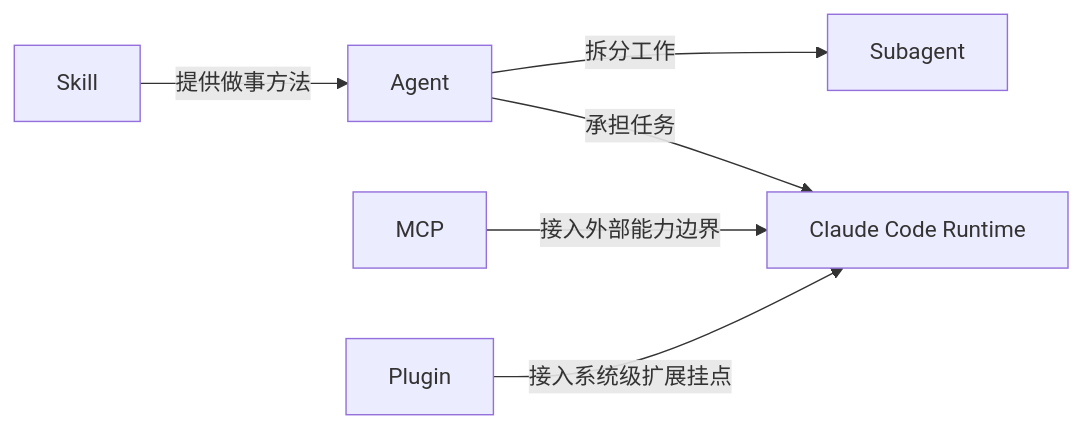
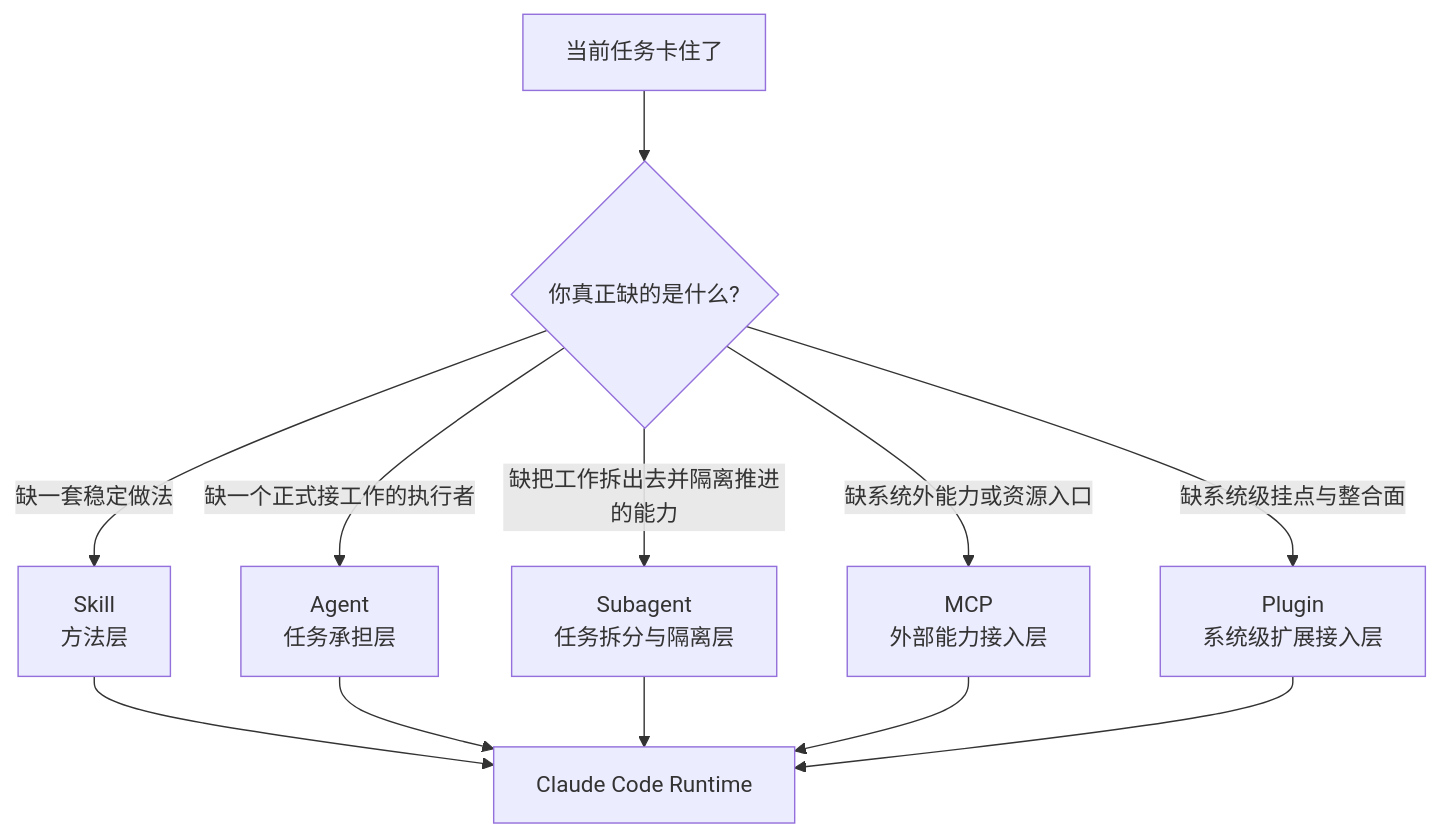
One commit to T0UGH/claude-code-source-guide changed the second of 2 diagrams in docs/guidebookv2/volume-1/06-how-claude-code-grows-new-capabilities.md. Above: the diagram before and after it, drawn with Mermaid. The commit also changed other lines of this file, not shown here.

Commit message:
improve volume-1 article 06 extension boundary diagram

````diff
--- a/docs/guidebookv2/volume-1/06-how-claude-code-grows-new-capabilities.md
+++ b/docs/guidebookv2/volume-1/06-how-claude-code-grows-new-capabilities.md
@@ -282,14 +284,15 @@
 ```mermaid
-flowchart LR
-    SK[Skill]
-    AG[Agent]
-    SA[Subagent]
-    MCP[MCP]
-    PL[Plugin]
+flowchart TD
+    Q[当前任务卡住了] --> D{你真正缺的是什么?}
+    D -->|缺一套稳定做法| SK[Skill<br/>方法层]
+    D -->|缺一个正式接工作的执行者| AG[Agent<br/>任务承担层]
+    D -->|缺把工作拆出去并隔离推进的能力| SA[Subagent<br/>任务拆分与隔离层]
+    D -->|缺系统外能力或资源入口| MCP[MCP<br/>外部能力接入层]
+    D -->|缺系统级挂点与整合面| PL[Plugin<br/>系统级扩展接入层]
 
-    SK -->|提供做事方法| AG
-    AG -->|承担任务| RT[Claude Code Runtime]
-    AG -->|拆分工作| SA
-    MCP -->|接入外部能力边界| RT
-    PL -->|接入系统级扩展挂点| RT
+    SK --> RT[Claude Code Runtime]
+    AG --> RT
+    SA --> RT
+    MCP --> RT
+    PL --> RT
 ```
````
